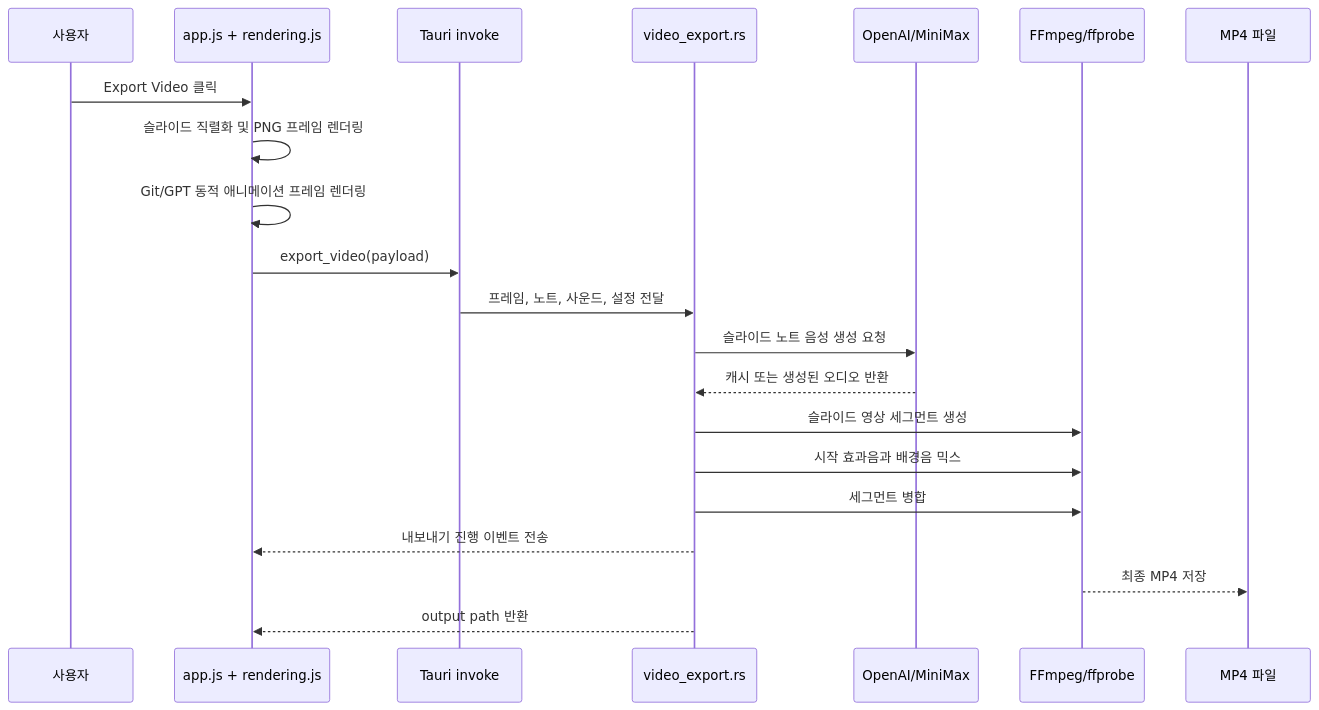
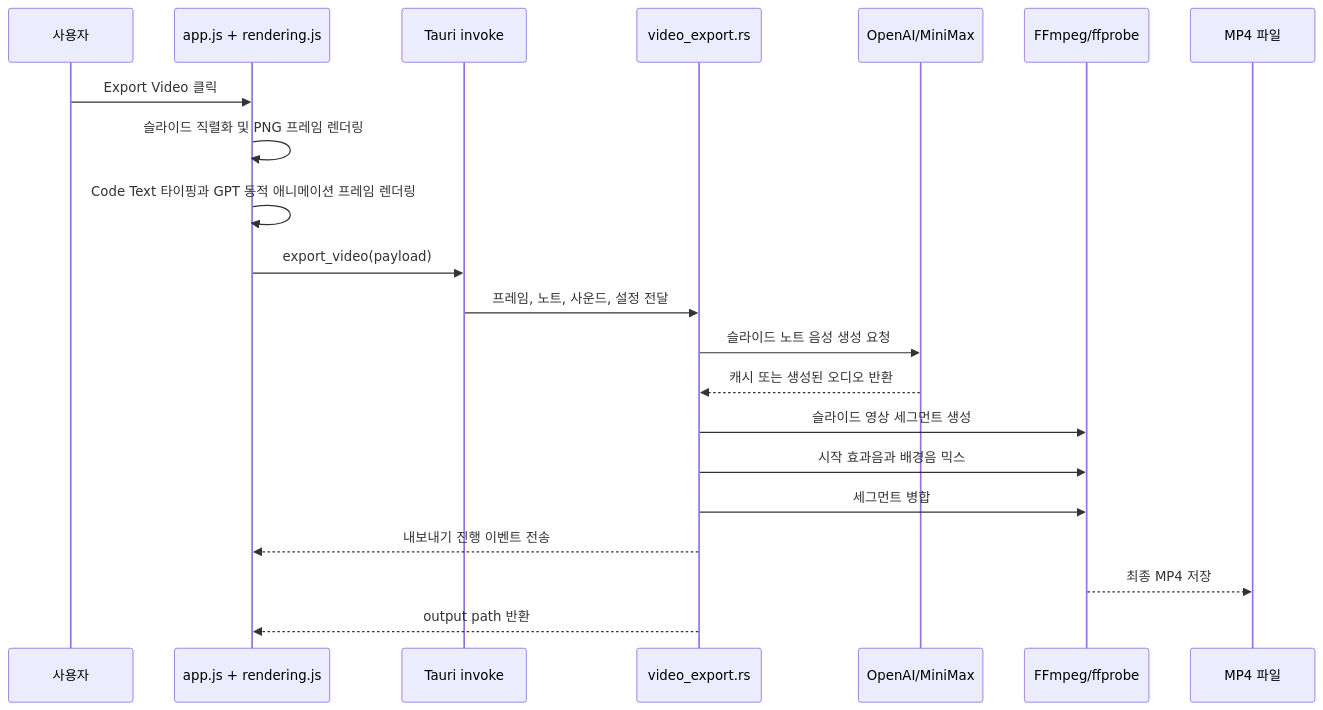
Before and after one commit to hypulse/slide-cut: the second of 2 diagrams in README.ko.md, drawn with Mermaid. The commit also changed other lines of this file and 6 other files, not shown here.

Commit message:
Code Text 타이핑 애니메이션 통합

````diff
--- a/README.ko.md
+++ b/README.ko.md
@@ -166,24 +166,24 @@
 ```mermaid
 sequenceDiagram
   participant User as 사용자
   participant Frontend as app.js + rendering.js
   participant Tauri as Tauri invoke
   participant Rust as video_export.rs
   participant TTS as OpenAI/MiniMax
   participant FFmpeg as FFmpeg/ffprobe
   participant Output as MP4 파일
 
   User->>Frontend: Export Video 클릭
   Frontend->>Frontend: 슬라이드 직렬화 및 PNG 프레임 렌더링
-  Frontend->>Frontend: Git/GPT 동적 애니메이션 프레임 렌더링
+  Frontend->>Frontend: Code Text 타이핑과 GPT 동적 애니메이션 프레임 렌더링
   Frontend->>Tauri: export_video(payload)
   Tauri->>Rust: 프레임, 노트, 사운드, 설정 전달
   Rust->>TTS: 슬라이드 노트 음성 생성 요청
   TTS-->>Rust: 캐시 또는 생성된 오디오 반환
   Rust->>FFmpeg: 슬라이드 영상 세그먼트 생성
   Rust->>FFmpeg: 시작 효과음과 배경음 믹스
   Rust->>FFmpeg: 세그먼트 병합
   Rust-->>Frontend: 내보내기 진행 이벤트 전송
   FFmpeg-->>Output: 최종 MP4 저장
   Rust-->>Frontend: output path 반환
 ```
````
